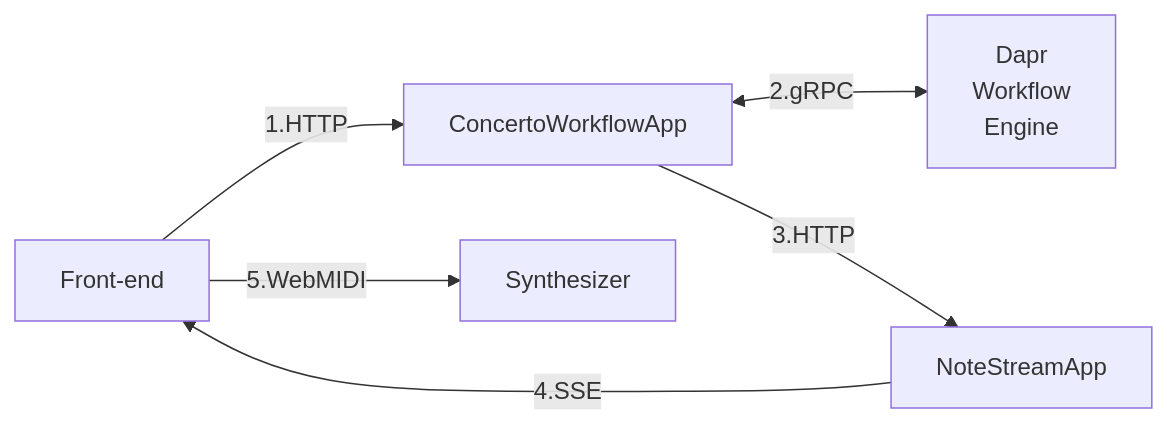
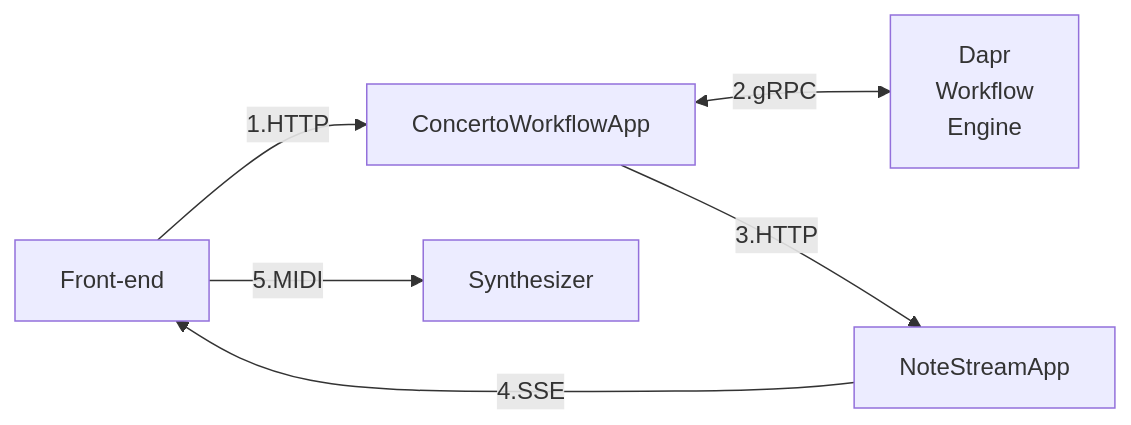
One commit to diagrid-labs/dapr-workflow-concerto changed the diagram in .demo/slides/03-tech-setup/03-flow-diagram.md. Above: the diagram before and after it, drawn with Mermaid. The commit also changed 4 other files, not shown here.

````diff
--- a/.demo/slides/03-tech-setup/03-flow-diagram.md
+++ b/.demo/slides/03-tech-setup/03-flow-diagram.md
@@ -7,10 +7,10 @@
 ```mermaid
 flowchart LR
     FE[Front-end] --1.HTTP--> CWA[ConcertoWorkflowApp]
     CWA<--2.gRPC-->DAPR[Dapr
     Workflow
     Engine]
     CWA --3.HTTP--> NSA[NoteStreamApp]
     NSA --4.SSE--> FE
-    FE --5.WebMIDI--> HS[Synthesizer]
+    FE --5.MIDI--> HS[Synthesizer]
 ```
````
